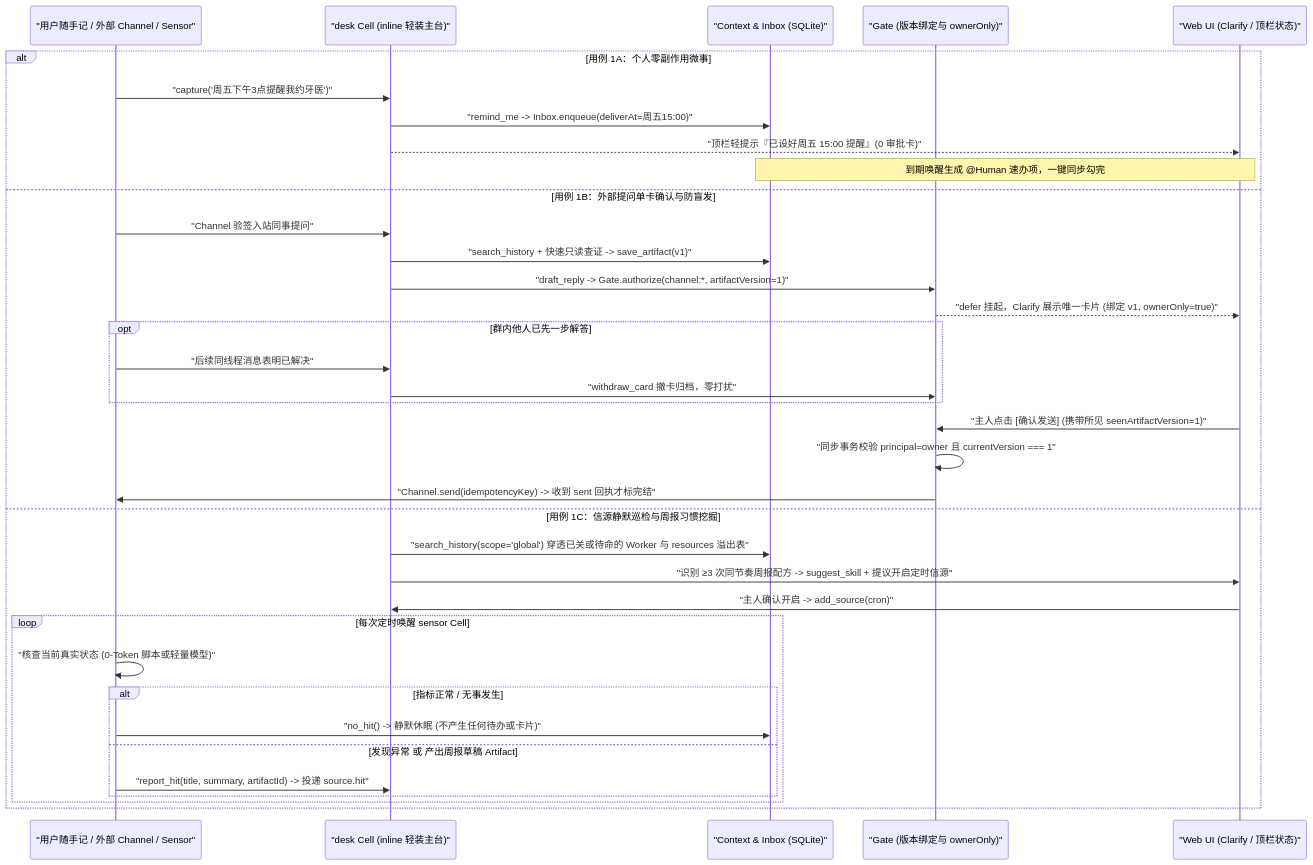
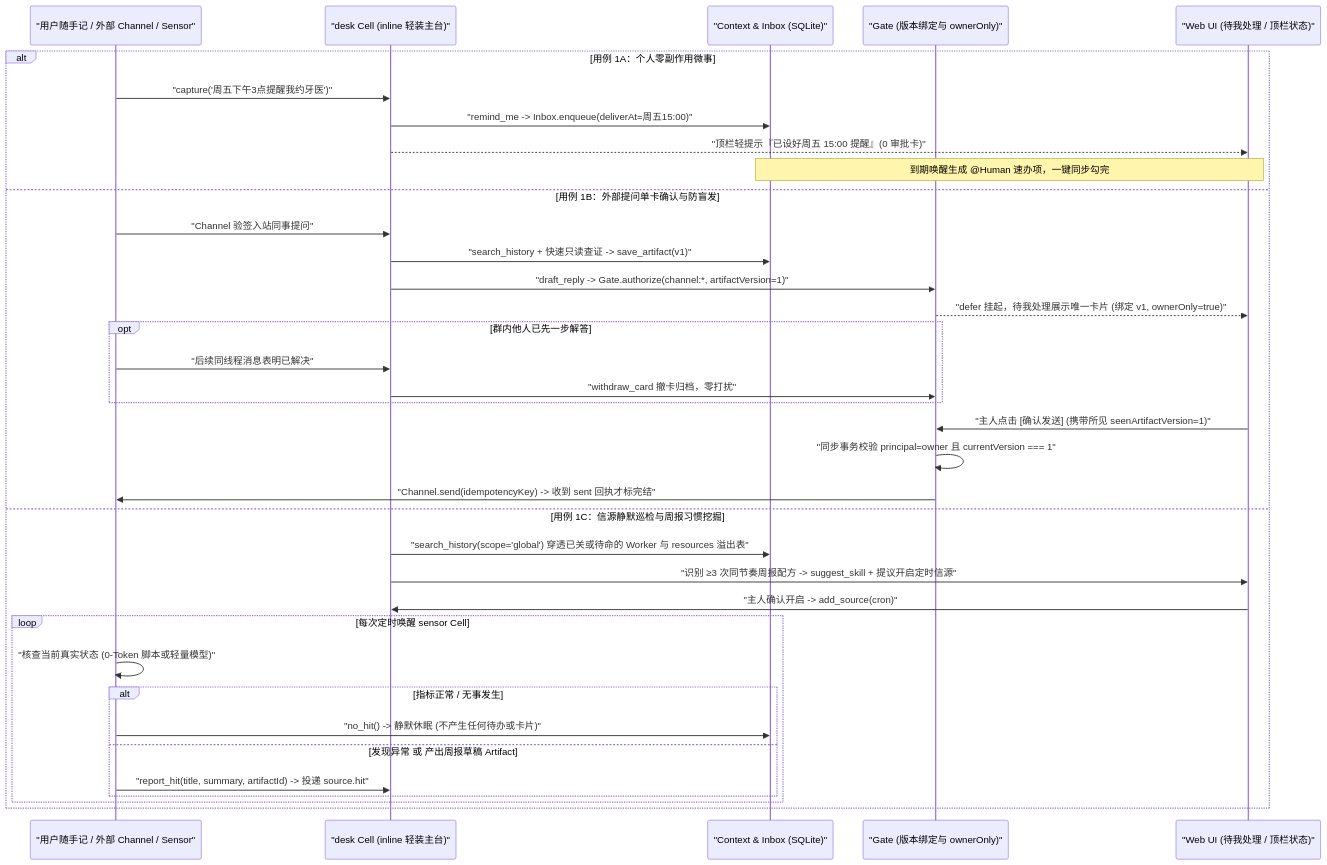
Before and after one commit to project-aoi/ng-agents: the diagram in docs/02-workflows/uc01-capture-reply-and-sources.md, drawn with Mermaid. The commit also changed other lines of this file and 210 other files, not shown here.

````diff
--- a/docs/02-workflows/uc01-capture-reply-and-sources.md
+++ b/docs/02-workflows/uc01-capture-reply-and-sources.md
@@ -23,39 +23,39 @@
 ```mermaid
 sequenceDiagram
     participant Src as "用户随手记 / 外部 Channel / Sensor"
     participant Desk as "desk Cell (inline 轻装主台)"
     participant Ctx as "Context & Inbox (SQLite)"
     participant Gate as "Gate (版本绑定与 ownerOnly)"
-    participant UI as "Web UI (Clarify / 顶栏状态)"
+    participant UI as "Web UI (待我处理 / 顶栏状态)"
 
     alt 用例 1A：个人零副作用微事
         Src->>Desk: "capture('周五下午3点提醒我约牙医')"
         Desk->>Ctx: "remind_me -> Inbox.enqueue(deliverAt=周五15:00)"
         Desk-->>UI: "顶栏轻提示『已设好周五 15:00 提醒』(0 审批卡)"
         Note over Ctx,UI: 到期唤醒生成 @Human 速办项，一键同步勾完
     else 用例 1B：外部提问单卡确认与防盲发
         Src->>Desk: "Channel 验签入站同事提问"
         Desk->>Ctx: "search_history + 快速只读查证 -> save_artifact(v1)"
         Desk->>Gate: "draft_reply -> Gate.authorize(channel:*, artifactVersion=1)"
-        Gate-->>UI: "defer 挂起，Clarify 展示唯一卡片 (绑定 v1, ownerOnly=true)"
+        Gate-->>UI: "defer 挂起，待我处理展示唯一卡片 (绑定 v1, ownerOnly=true)"
         opt 群内他人已先一步解答
             Src->>Desk: "后续同线程消息表明已解决"
             Desk->>Gate: "withdraw_card 撤卡归档，零打扰"
         end
         UI->>Gate: "主人点击 [确认发送] (携带所见 seenArtifactVersion=1)"
         Gate->>Gate: "同步事务校验 principal=owner 且 currentVersion === 1"
         Gate->>Src: "Channel.send(idempotencyKey) -> 收到 sent 回执才标完结"
     else 用例 1C：信源静默巡检与周报习惯挖掘
         Desk->>Ctx: "search_history(scope='global') 穿透已关或待命的 Worker 与 resources 溢出表"
         Desk->>UI: "识别 ≥3 次同节奏周报配方 -> suggest_skill + 提议开启定时信源"
         UI->>Desk: "主人确认开启 -> add_source(cron)"
         loop 每次定时唤醒 sensor Cell
             Src->>Src: "核查当前真实状态 (0-Token 脚本或轻量模型)"
             alt 指标正常 / 无事发生
                 Src->>Ctx: "no_hit() -> 静默休眠 (不产生任何待办或卡片)"
             else 发现异常 或 产出周报草稿 Artifact
                 Src->>Desk: "report_hit(title, summary, artifactId) -> 投递 source.hit"
             end
         end
     end
 ```
````
